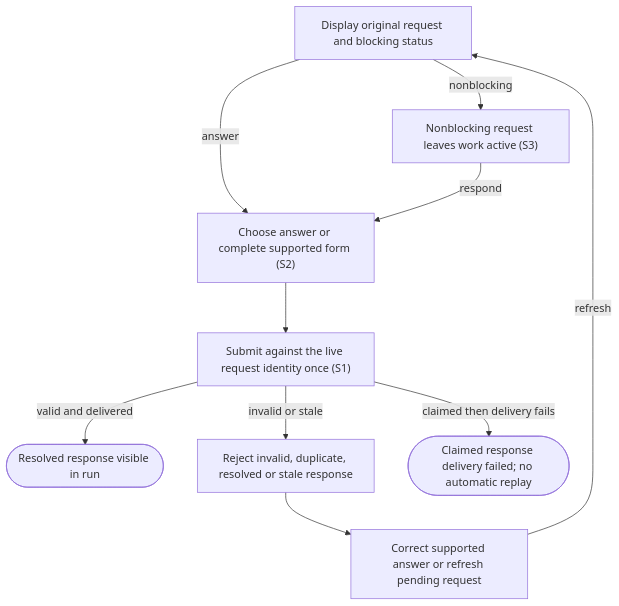
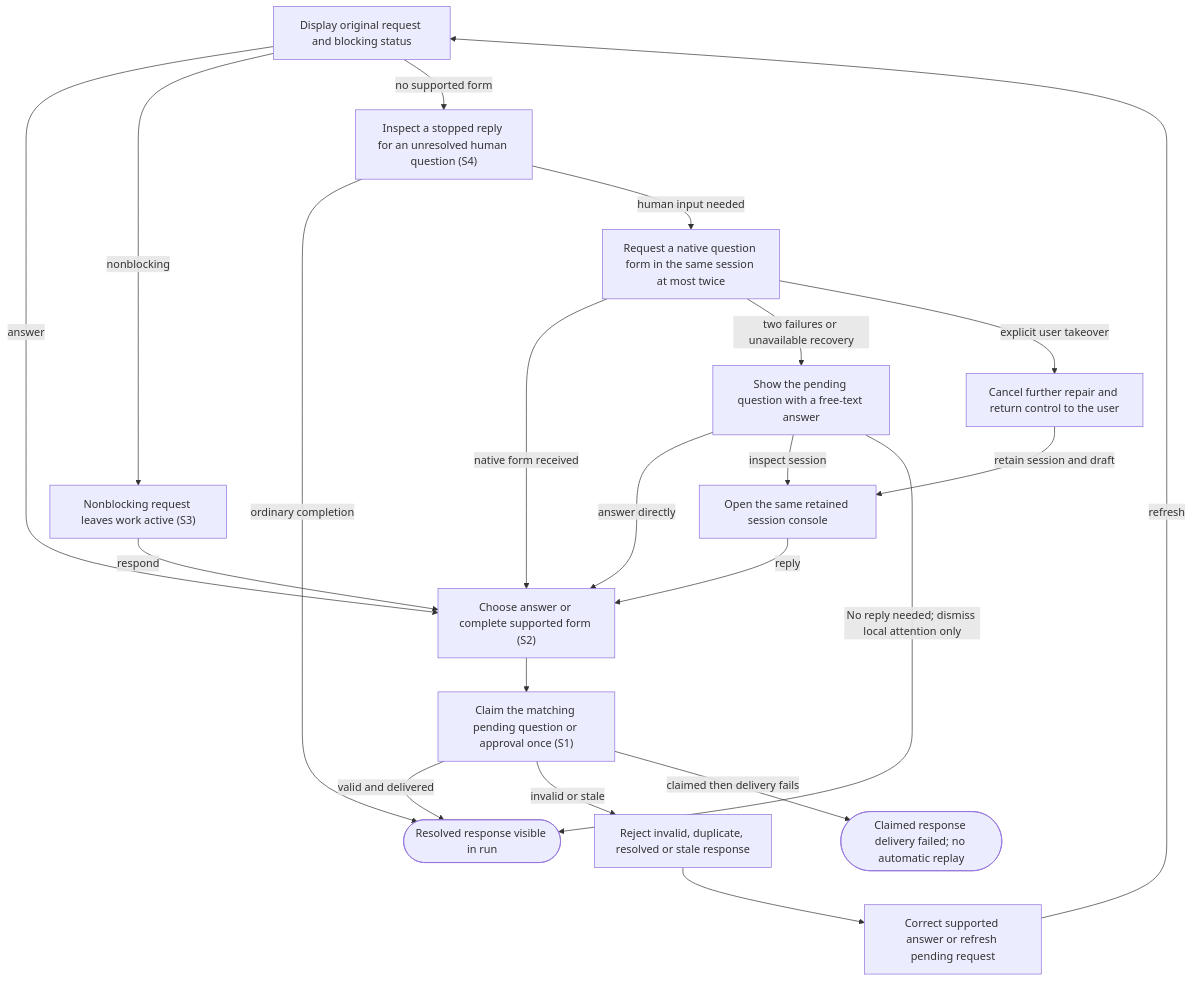
The diagram in docs/user-flows/answer-attention.md (dk-code-factory/code-factory-plugin), drawn with Mermaid before and after one commit. The commit also changed other lines of this file and 64 other files, not shown here.

````diff
--- a/docs/user-flows/answer-attention.md
+++ b/docs/user-flows/answer-attention.md
@@ -39,20 +45,36 @@
 ```mermaid
 flowchart TD
     N0["Display original request and blocking status"]
     N1["Choose answer or complete supported form #40;S2#41;"]
-    N2["Submit against the live request identity once #40;S1#41;"]
+    N2["Claim the matching pending question or approval once #40;S1#41;"]
     N3(["Resolved response visible in run"])
     N4["Reject invalid, duplicate, resolved or stale response"]
     N5["Correct supported answer or refresh pending request"]
     N6(["Claimed response delivery failed#59; no automatic replay"])
     N7["Nonblocking request leaves work active #40;S3#41;"]
+    N8["Inspect a stopped reply for an unresolved human question #40;S4#41;"]
+    N9["Request a native question form in the same session at most twice"]
+    N10["Show the pending question with a free-text answer"]
+    N11["Open the same retained session console"]
+    N12["Cancel further repair and return control to the user"]
     N0 -->|"answer"| N1
     N0 -->|"nonblocking"| N7
     N7 -->|"respond"| N1
     N1 --> N2
     N2 -->|"valid and delivered"| N3
     N2 -->|"invalid or stale"| N4
     N4 --> N5
     N5 -->|"refresh"| N0
     N2 -->|"claimed then delivery fails"| N6
+    N0 -->|"no supported form"| N8
+    N8 -->|"ordinary completion"| N3
+    N8 -->|"human input needed"| N9
+    N9 -->|"native form received"| N1
+    N9 -->|"two failures or unavailable recovery"| N10
+    N10 -->|"answer directly"| N1
+    N10 -->|"inspect session"| N11
+    N11 -->|"reply"| N1
+    N9 -->|"explicit user takeover"| N12
+    N12 -->|"retain session and draft"| N11
+    N10 -->|"No reply needed#59; dismiss local attention only"| N3
 ```
````
